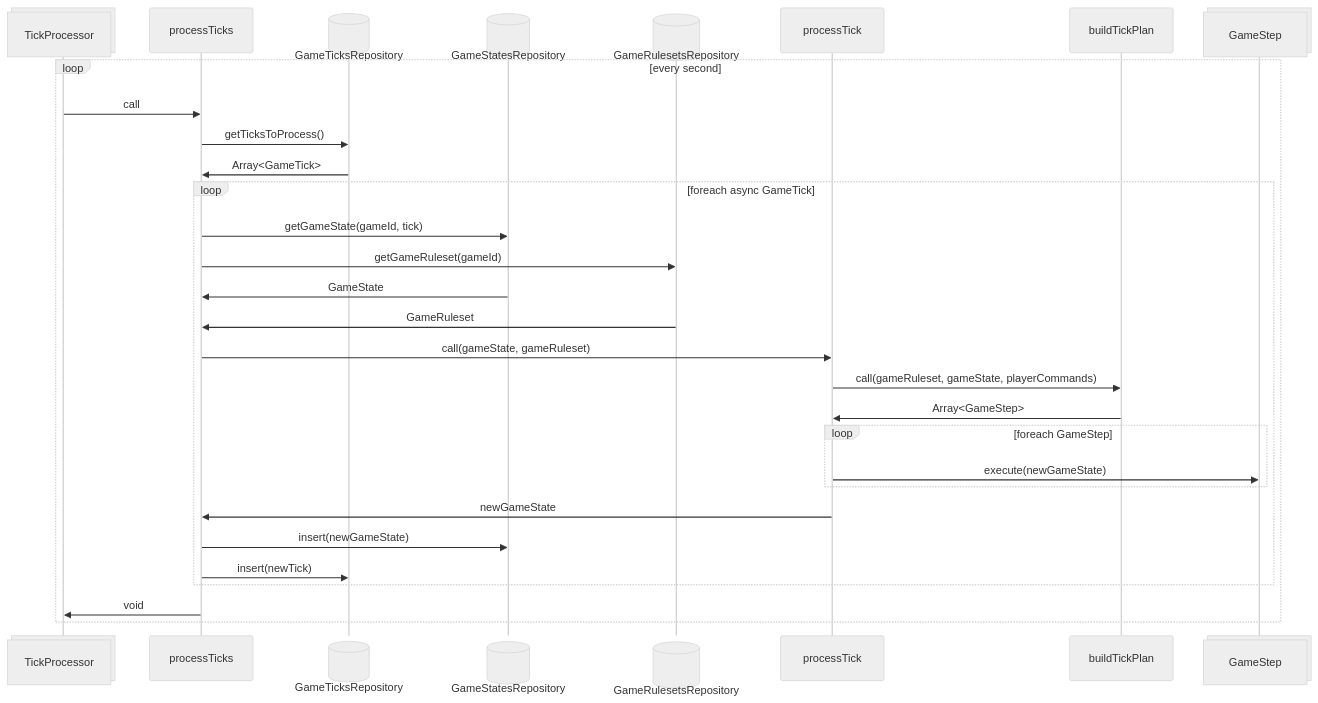
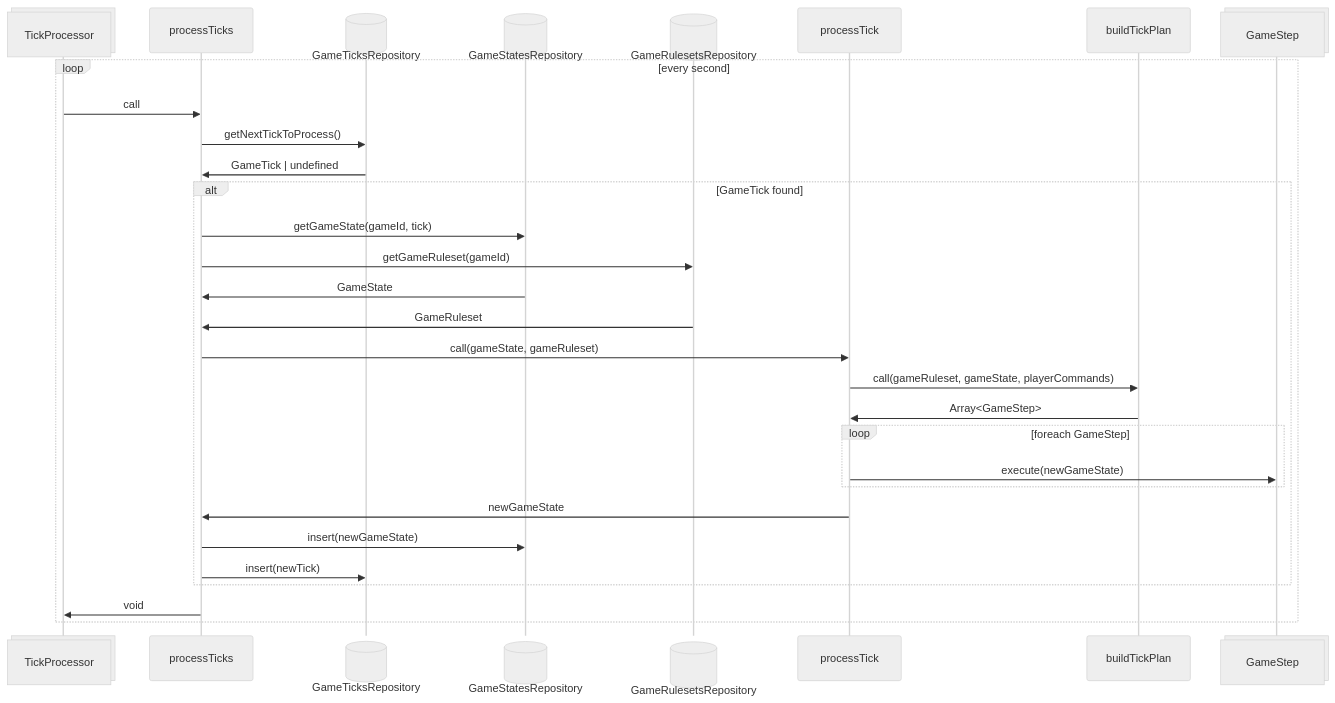
Before and after one commit to Guillaume-Docquier/text-based-browser-game-1: the diagram in docs/architecture/tick-processing.md, drawn with Mermaid (neutral theme). The commit also changed 10 other files, not shown here.

Commit message:
backend: process one tick at a time (#277)

````diff
--- a/docs/architecture/tick-processing.md
+++ b/docs/architecture/tick-processing.md
@@ -33,32 +33,32 @@
 ```mermaid
 sequenceDiagram
         participant P3@{ "type": "collections" } as TickProcessor
         participant P4 as processTicks
         participant P1@{ "type": "database" } as GameTicksRepository
         participant P2@{ "type": "database" } as GameStatesRepository
         participant P6@{ "type": "database" } as GameRulesetsRepository
         participant P5 as processTick
         participant P8 as buildTickPlan
         participant P7@{ "type": "collections" } as GameStep
         loop every second
           P3->>P4: call
-          P4->>P1: getTicksToProcess()
-          P1->>P4: Array<GameTick>
-          loop foreach async GameTick
+          P4->>P1: getNextTickToProcess()
+          P1->>P4: GameTick | undefined
+          alt GameTick found
             P4->>P2: getGameState(gameId, tick)
             P4->>P6: getGameRuleset(gameId)
             P2->>P4: GameState
             P6->>P4: GameRuleset
             P4->>P5: call(gameState, gameRuleset)
             P5->>P8: call(gameRuleset, gameState, playerCommands)
             P8->>P5: Array<GameStep>
             loop foreach GameStep
               P5->>P7: execute(newGameState)
             end
             P5->>P4: newGameState
             P4->>P2: insert(newGameState)
             P4->>P1: insert(newTick)
           end
           P4->>P3: void
         end
 ```
````
